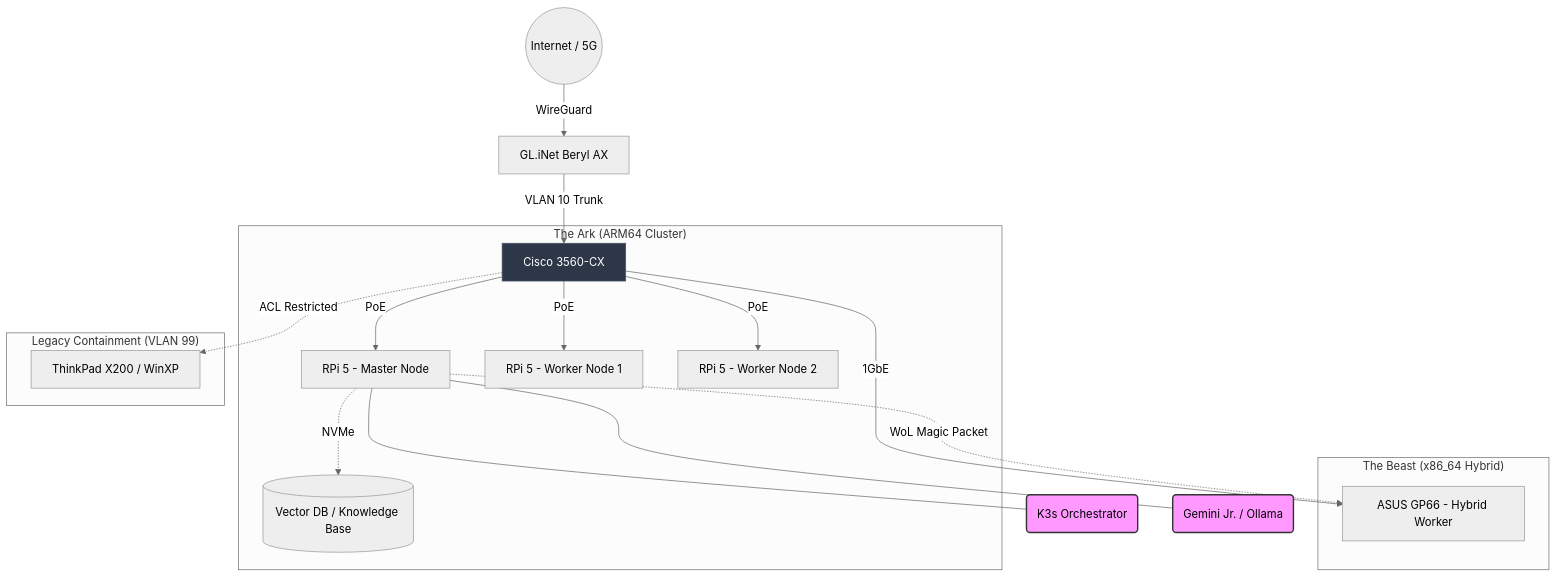
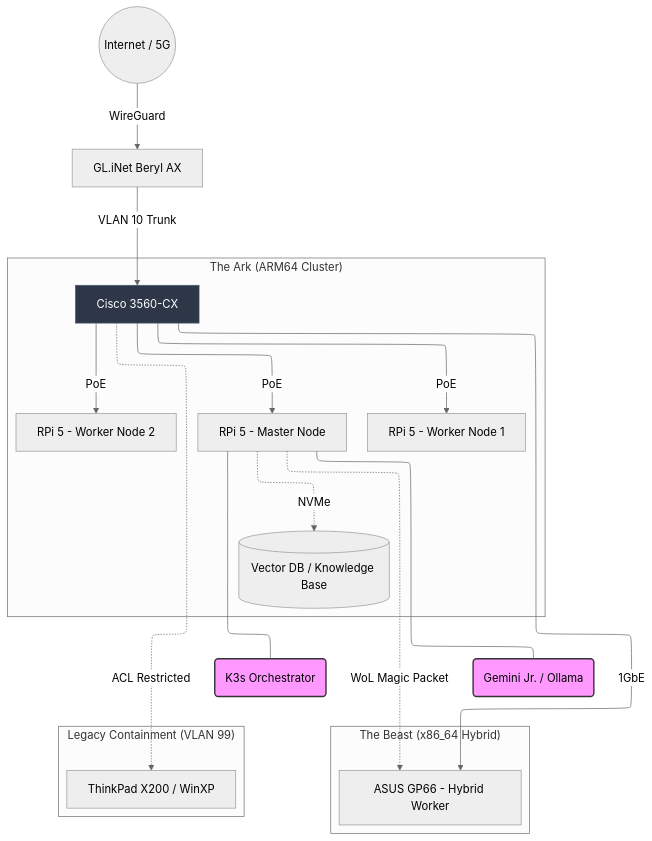
Before and after one commit to EricXPalace/verithrax-ark: the diagram in README.md, drawn with Mermaid (neutral theme).

Commit message:
Update mermaid graph

````diff
--- a/README.md
+++ b/README.md
@@ -48,37 +48,41 @@
 ```mermaid
+---
+config:
+  layout: elk
+---
 graph TD
     %% Network Layer
     Internet((Internet / 5G)) -->|WireGuard| Gateway[GL.iNet Beryl AX]
     Gateway -->|VLAN 10 Trunk| CoreSwitch[Cisco 3560-CX]
     
     %% Compute Layer - The Ark
     subgraph "The Ark (ARM64 Cluster)"
         style CoreSwitch fill:#2D3748,stroke:#4A5568,color:#fff
         CoreSwitch -->|PoE| RPi1[RPi 5 - Master Node]
         CoreSwitch -->|PoE| RPi2[RPi 5 - Worker Node 1]
         CoreSwitch -->|PoE| RPi3[RPi 5 - Worker Node 2]
         
         RPi1 -.->|NVMe| DB[(Vector DB / Knowledge Base)]
     end
     
     %% Compute Layer - The Beast
     subgraph "The Beast (x86_64 Hybrid)"
         Laptop[ASUS GP66 - Hybrid Worker]
         CoreSwitch -->|1GbE| Laptop
         RPi1 -.->|WoL Magic Packet| Laptop
     end
     
     %% Legacy Layer
     subgraph "Legacy Containment (VLAN 99)"
         Legacy[ThinkPad X200 / WinXP]
         CoreSwitch -.->|ACL Restricted| Legacy
     end
     
     %% Services
     classDef service fill:#f9f,stroke:#333,stroke-width:2px;
     K3s(K3s Orchestrator):::service
     Ollama(Gemini Jr. / Ollama):::service
     
     RPi1 --- K3s
     RPi1 --- Ollama
 ```
````
